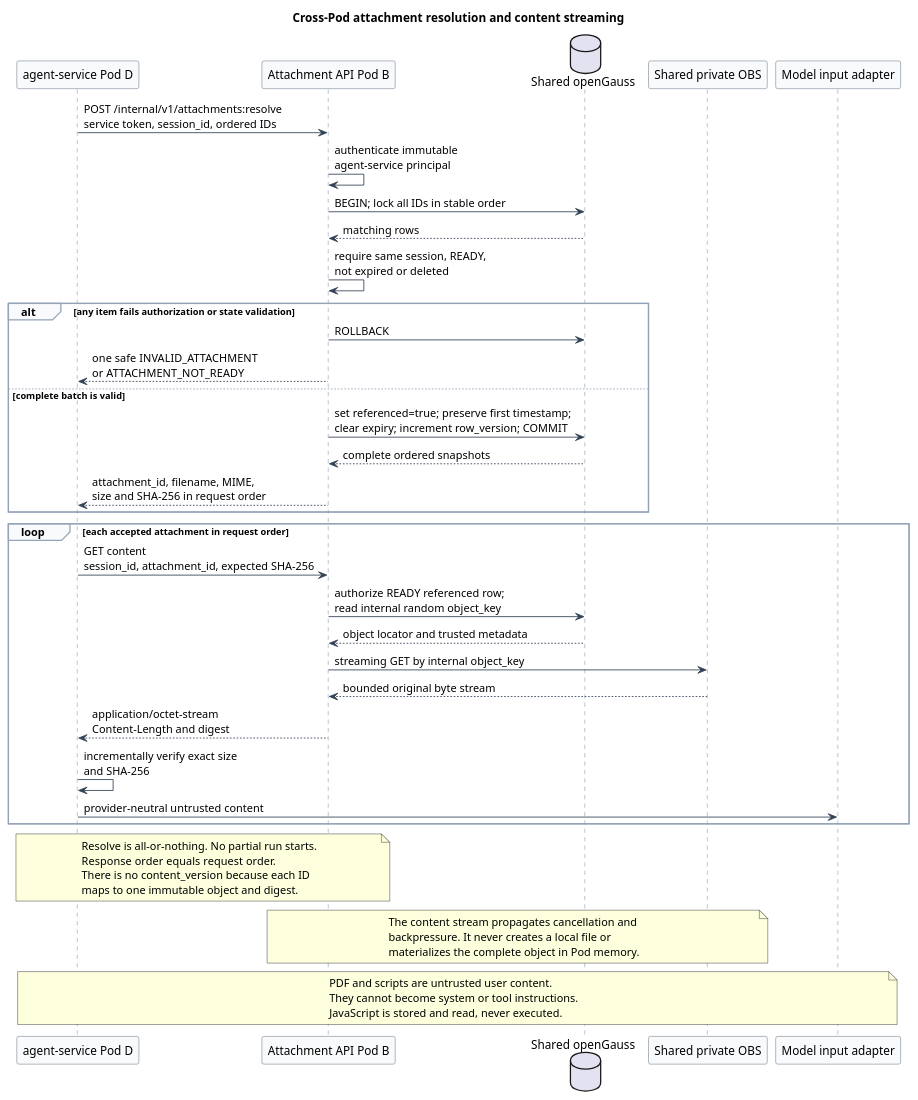
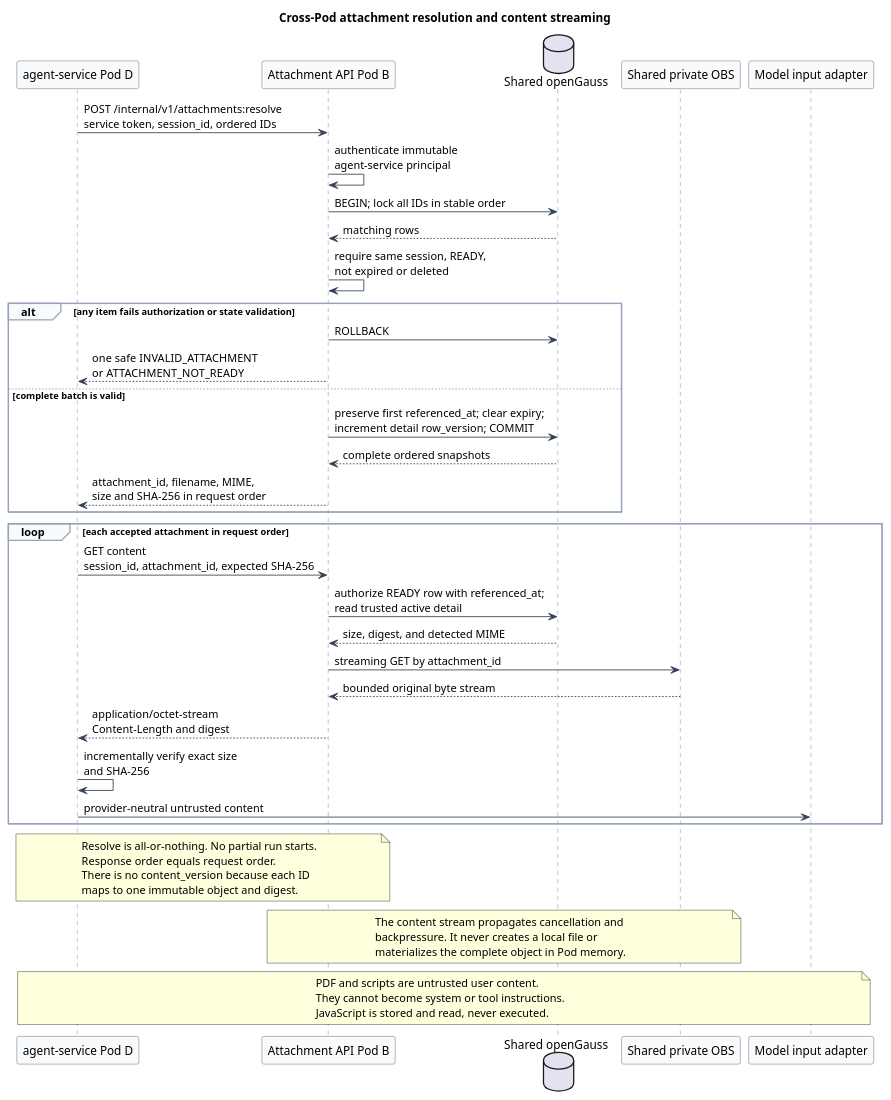
The third of 4 diagrams in campusmate-attachment-service/diagram.puml (superheromeZzh/pi-mono-java-design), drawn with PlantUML before and after one commit. The commit also changed other lines of this file and 18 other files, not shown here.

Commit message:
docs: refine attachment metadata lifecycle

```diff
--- a/campusmate-attachment-service/diagram.puml
+++ b/campusmate-attachment-service/diagram.puml
@@ -188,82 +198,82 @@
 @startuml attachment_cross_pod_resolution_flow
 title Cross-Pod attachment resolution and content streaming
 
 ' Source evidence (pi-mono fc85bdd88be93b1e9a6b6bcfa41c684282ec79cc):
 ' packages/agent/src/agent.ts, prompt(), lines 336-395
 ' Source evidence (pi-mono-java 1f7a5423219edfa4519d8719f1cc8a188ed72873):
 ' modules/ai/src/main/java/com/campusclaw/ai/types/UserMessage.java, lines 20-31
 ' modules/ai/src/main/java/com/campusclaw/ai/types/ContentBlock.java, lines 17-24
 ' docs/plans/ws-chat-followups.md, lines 12-37
 ' Observed behavior: the current Java message union has no generic attachment
 ' reference or cross-service content resolver.
 ' Target design: agent-service resolves one ordered attachment batch atomically,
 ' then streams each fixed attachment through mate-service using the stored digest.
-' Security hardening: agent-service never receives object keys, OBS URLs, bucket
-' names, or credentials; knowing an attachment_id alone does not authorize access.
+' Security hardening: agent-service never receives OBS URLs, bucket names, or
+' credentials; knowing an attachment_id alone does not authorize bucket access.
 ' Design reason: the upload Pod and read Pod can differ because both use the same
 ' shared openGauss directory and private OBS content authority.
 
 skinparam backgroundColor #FFFFFF
 skinparam shadowing false
 skinparam defaultFontName Arial
 skinparam sequence {
   ArrowColor #334155
   LifeLineBorderColor #64748B
   LifeLineBackgroundColor #F8FAFC
   ParticipantBorderColor #475569
   ParticipantBackgroundColor #F8FAFC
   GroupBorderColor #94A3B8
   GroupBackgroundColor #F8FAFC
 }
 
 participant "agent-service Pod D" as Agent
 participant "Attachment API Pod B" as API
 database "Shared openGauss" as DB
 participant "Shared private OBS" as OBS
 participant "Model input adapter" as Model
 
 Agent -> API : POST /internal/v1/attachments:resolve\nservice token, session_id, ordered IDs
 API -> API : authenticate immutable\nagent-service principal
 API -> DB : BEGIN; lock all IDs in stable order
 DB --> API : matching rows
 API -> API : require same session, READY,\nnot expired or deleted
 
 alt any item fails authorization or state validation
   API -> DB : ROLLBACK
   API --> Agent : one safe INVALID_ATTACHMENT\nor ATTACHMENT_NOT_READY
 else complete batch is valid
-  API -> DB : set referenced=true; preserve first timestamp;\nclear expiry; increment row_version; COMMIT
+  API -> DB : preserve first referenced_at; clear expiry;\nincrement detail row_version; COMMIT
   DB --> API : complete ordered snapshots
   API --> Agent : attachment_id, filename, MIME,\nsize and SHA-256 in request order
 end
 
 loop each accepted attachment in request order
   Agent -> API : GET content\nsession_id, attachment_id, expected SHA-256
-  API -> DB : authorize READY referenced row;\nread internal random object_key
-  DB --> API : object locator and trusted metadata
-  API -> OBS : streaming GET by internal object_key
+  API -> DB : authorize READY row with referenced_at;\nread trusted active detail
+  DB --> API : size, digest, and detected MIME
+  API -> OBS : streaming GET by attachment_id
   OBS --> API : bounded original byte stream
   API --> Agent : application/octet-stream\nContent-Length and digest
   Agent -> Agent : incrementally verify exact size\nand SHA-256
   Agent -> Model : provider-neutral untrusted content
 end
 
 note over Agent,API
 Resolve is all-or-nothing. No partial run starts.
 Response order equals request order.
 There is no content_version because each ID
 maps to one immutable object and digest.
 end note
 
 note over API,OBS
 The content stream propagates cancellation and
 backpressure. It never creates a local file or
 materializes the complete object in Pod memory.
 end note
 
 note over Agent,Model
 PDF and scripts are untrusted user content.
 They cannot become system or tool instructions.
 JavaScript is stored and read, never executed.
 end note
 @enduml
```
